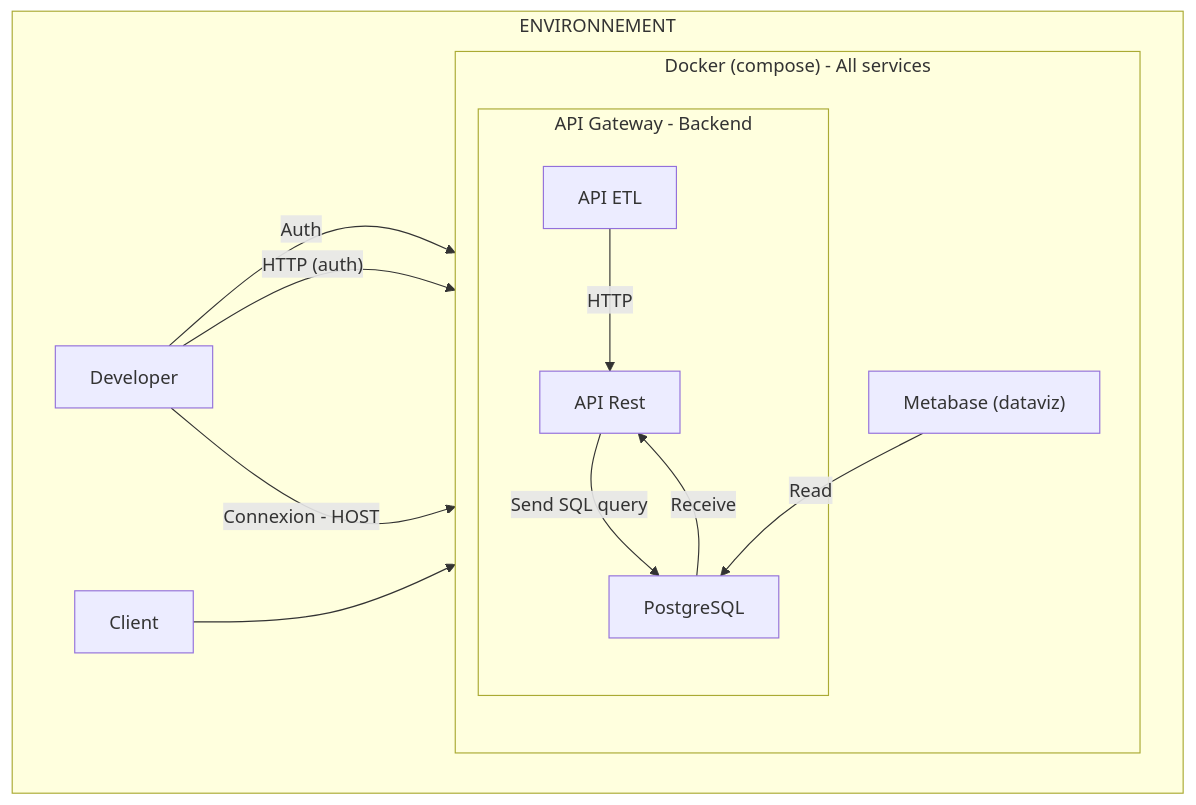
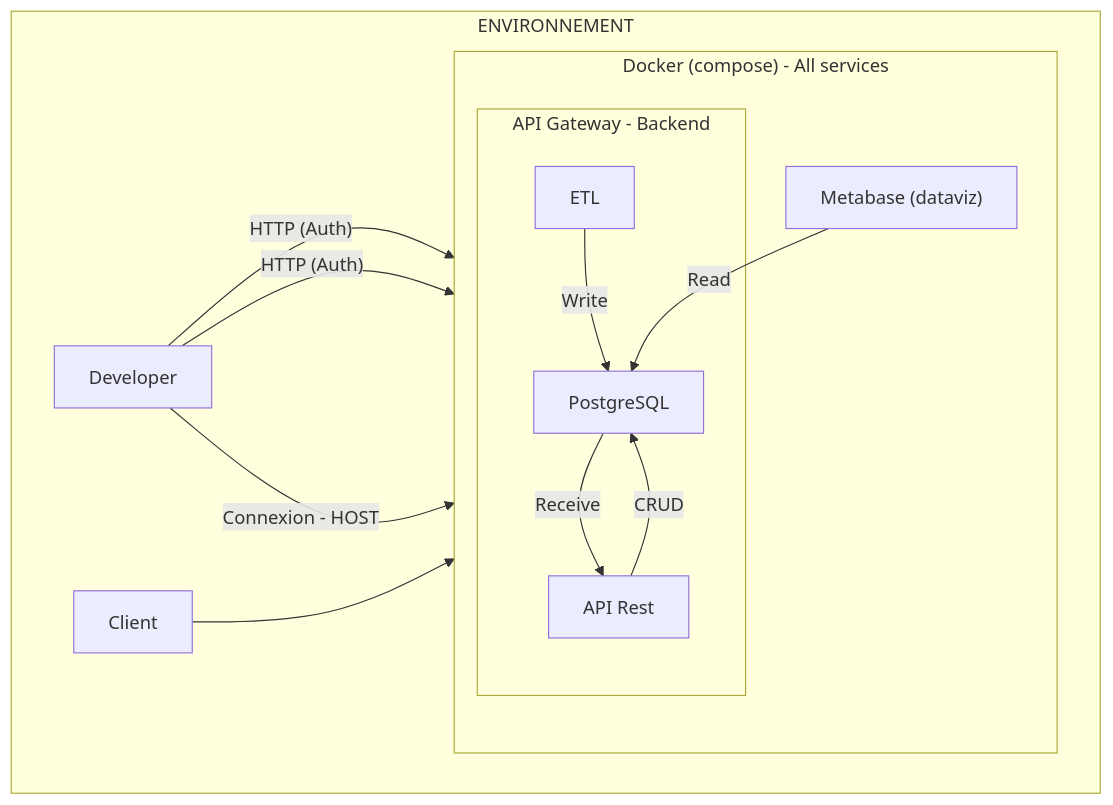
The first of 2 diagrams in README.md (Sam-rst/EPSI_B3_MSPR-Groupe_MATS), drawn with Mermaid before and after one commit. The commit also changed other lines of this file and 9 other files, not shown here.

````diff
--- a/README.md
+++ b/README.md
@@ -26,20 +26,20 @@
 ```mermaid
 graph TD;
     subgraph "ENVIRONNEMENT"
         subgraph "Docker (compose) - All services"
             direction TB
             subgraph "API Gateway - Backend"
-                ETL["API ETL"] -->|HTTP| API["API REST"]
-                API -->|Send SQL query| DB["PostgreSQL"]
+                ETL["ETL"] --> |Write| DB["PostgreSQL"]
+                API -->|CRUD| DB["PostgreSQL"]
                 DB -->|Receive| API["API Rest"]
             end
 
             Metabase["Metabase (dataviz)"] -->|Read| DB
         end
 
-        Dev["Developer"] -- Auth --> API
-        Dev -- HTTP (auth) --> ETL
+        Dev["Developer"] -- HTTP (Auth) --> API
+        Dev -- HTTP (Auth) --> ETL
         Dev -- Connexion - HOST --> DB
         Client["Client"] --> Metabase
     end
 ```
````
